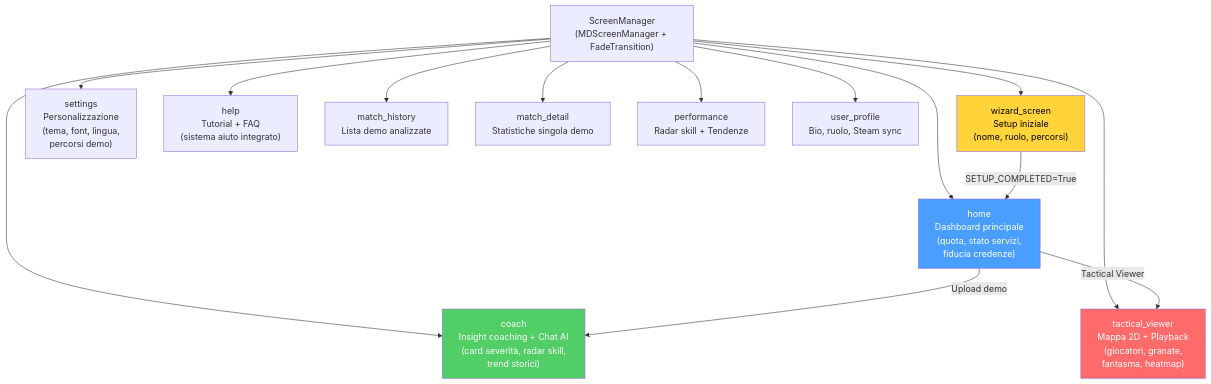
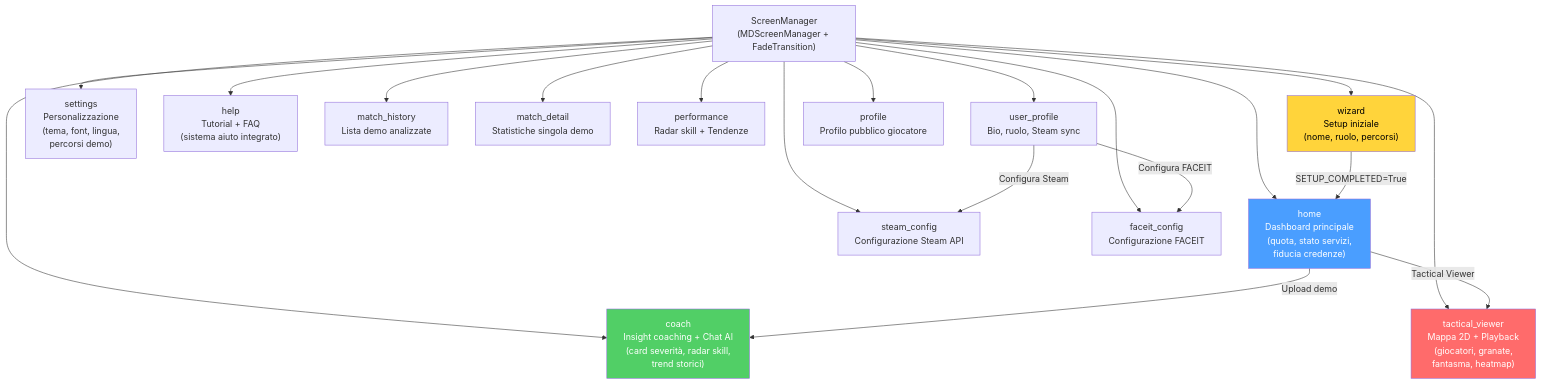
Before and after one commit to renanaugustomacena-ux/Counter-Strike-coach-AI: diagram 11 of 30 in docs/AI-cs2-coach-part3.md, drawn with Mermaid. The commit also changed other lines of this file and 158 other files, not shown here.

````diff
--- a/docs/AI-cs2-coach-part3.md
+++ b/docs/AI-cs2-coach-part3.md
@@ -368,23 +405,28 @@
 ```mermaid
 flowchart TB
     SM["ScreenManager<br/>(MDScreenManager + FadeTransition)"]
-    SM --> WIZ["wizard_screen<br/>Setup iniziale<br/>(nome, ruolo, percorsi)"]
+    SM --> WIZ["wizard<br/>Setup iniziale<br/>(nome, ruolo, percorsi)"]
     SM --> HOME["home<br/>Dashboard principale<br/>(quota, stato servizi,<br/>fiducia credenze)"]
     SM --> COACH["coach<br/>Insight coaching + Chat AI<br/>(card severità, radar skill,<br/>trend storici)"]
     SM --> TV["tactical_viewer<br/>Mappa 2D + Playback<br/>(giocatori, granate,<br/>fantasma, heatmap)"]
     SM --> SETTINGS["settings<br/>Personalizzazione<br/>(tema, font, lingua,<br/>percorsi demo)"]
     SM --> HELP["help<br/>Tutorial + FAQ<br/>(sistema aiuto integrato)"]
     SM --> MH["match_history<br/>Lista demo analizzate"]
     SM --> MD["match_detail<br/>Statistiche singola demo"]
     SM --> PERF["performance<br/>Radar skill + Tendenze"]
     SM --> UP["user_profile<br/>Bio, ruolo, Steam sync"]
+    SM --> PROF["profile<br/>Profilo pubblico giocatore"]
+    SM --> STEAM["steam_config<br/>Configurazione Steam API"]
+    SM --> FACEIT["faceit_config<br/>Configurazione FACEIT"]
 
     WIZ -->|"SETUP_COMPLETED=True"| HOME
     HOME -->|"Upload demo"| COACH
     HOME -->|"Tactical Viewer"| TV
+    UP -->|"Configura Steam"| STEAM
+    UP -->|"Configura FACEIT"| FACEIT
 
     style WIZ fill:#ffd43b,color:#000
     style HOME fill:#4a9eff,color:#fff
     style COACH fill:#51cf66,color:#fff
     style TV fill:#ff6b6b,color:#fff
 ```
````
